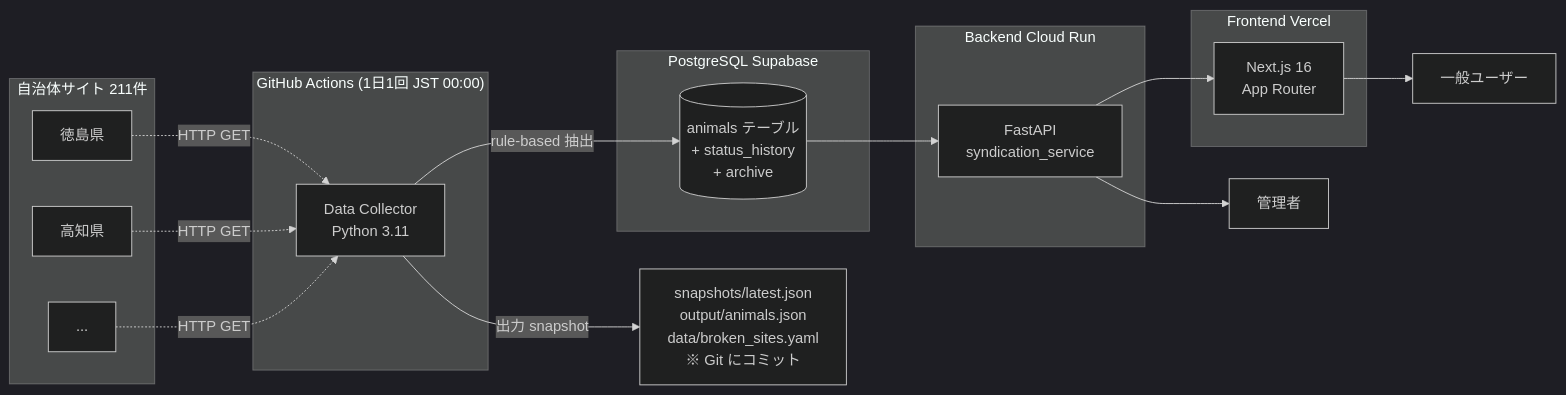
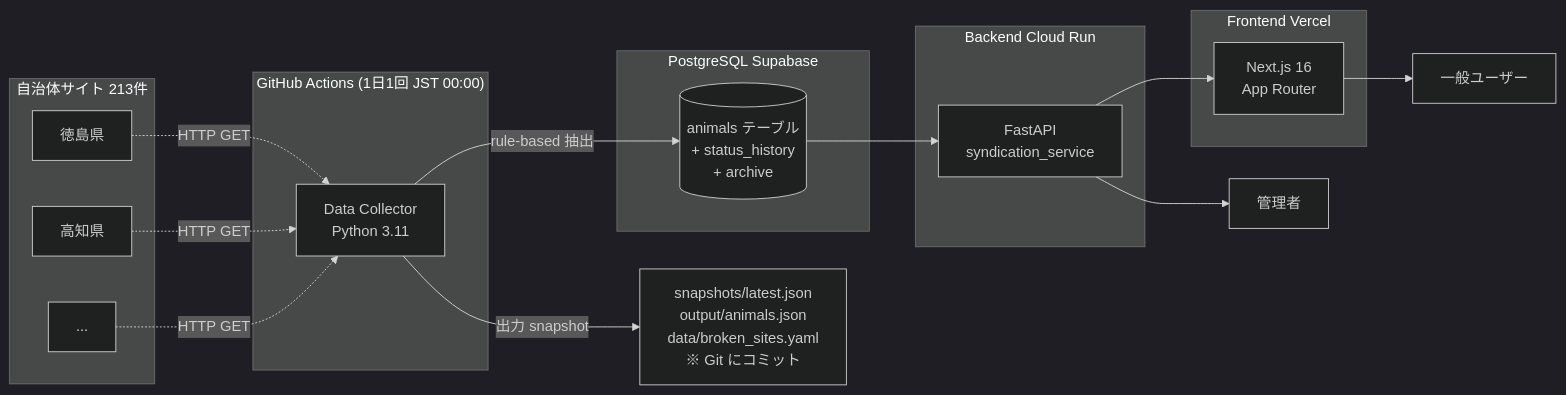
Before and after one commit to 9mak/oneco: the diagram in ARCHITECTURE.md, drawn with Mermaid (dark theme). The commit also changed other lines of this file and 13 other files, not shown here.

````diff
--- a/ARCHITECTURE.md
+++ b/ARCHITECTURE.md
@@ -7,36 +7,36 @@
 ```mermaid
 flowchart LR
-    subgraph "自治体サイト 211件"
+    subgraph "自治体サイト 213件"
         S1[徳島県]
         S2[高知県]
         S3[...]
     end
 
     subgraph "GitHub Actions (1日1回 JST 00:00)"
         DC[Data Collector<br/>Python 3.11]
     end
 
     subgraph "PostgreSQL Supabase"
         DB[(animals テーブル<br/>+ status_history<br/>+ archive)]
     end
 
     subgraph "Backend Cloud Run"
         API[FastAPI<br/>syndication_service]
     end
 
     subgraph "Frontend Vercel"
         WEB[Next.js 16<br/>App Router]
     end
 
     USERS[一般ユーザー]
     ADMIN[管理者]
 
     S1 & S2 & S3 -.HTTP GET.-> DC
     DC --rule-based 抽出--> DB
     DC --出力 snapshot--> SNAP[snapshots/latest.json<br/>output/animals.json<br/>data/broken_sites.yaml<br/>※ Git にコミット]
 
     DB --> API
     API --> WEB
     WEB --> USERS
     API --> ADMIN
 ```
````
